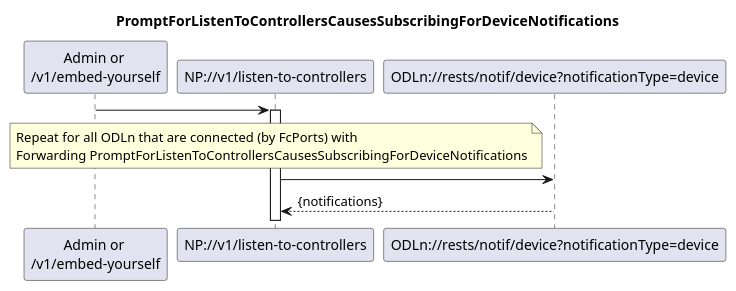
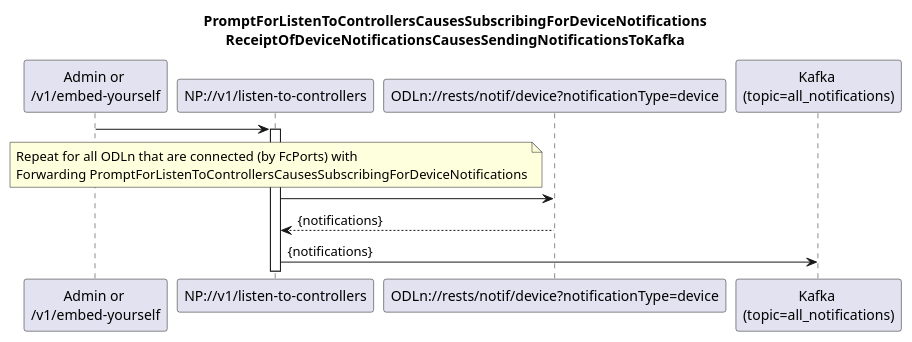
The diagram in spec/diagrams/is005_SubscribingForDeviceNotifications.plantuml (openBackhaul/NotificationProxy), drawn with PlantUML before and after one commit. The commit also changed 5 other files, not shown here.

Commit message:
[Kafka] Update diagrams for Kafka usage Fixes #95

```diff
--- a/spec/diagrams/is005_SubscribingForDeviceNotifications.plantuml
+++ b/spec/diagrams/is005_SubscribingForDeviceNotifications.plantuml
@@ -1,21 +1,27 @@
 @startuml is005_SubscribingForDeviceNotifications
 skinparam responseMessageBelowArrow true
 
-title PromptForListenToControllersCausesSubscribingForDeviceNotifications
+title
+  PromptForListenToControllersCausesSubscribingForDeviceNotifications
+  ReceiptOfDeviceNotificationsCausesSendingNotificationsToKafka
+end title
 
 participant "Admin or \n/v1/embed-yourself" as Requestor
 participant "NP://v1/listen-to-controllers" as NP_listen
 participant "ODLn://rests/notif/device?notificationType=device" as ODLn
+participant "Kafka \n(topic=all_notifications)" as Kafka
 
 Requestor -> NP_listen
 activate NP_listen
 
 note over NP_listen
 Repeat for all ODLn that are connected (by FcPorts) with
 Forwarding PromptForListenToControllersCausesSubscribingForDeviceNotifications
 end note
 
 NP_listen -> ODLn
 ODLn --> NP_listen: {notifications}
 
+NP_listen -> Kafka: {notifications}
+
 @enduml
```
